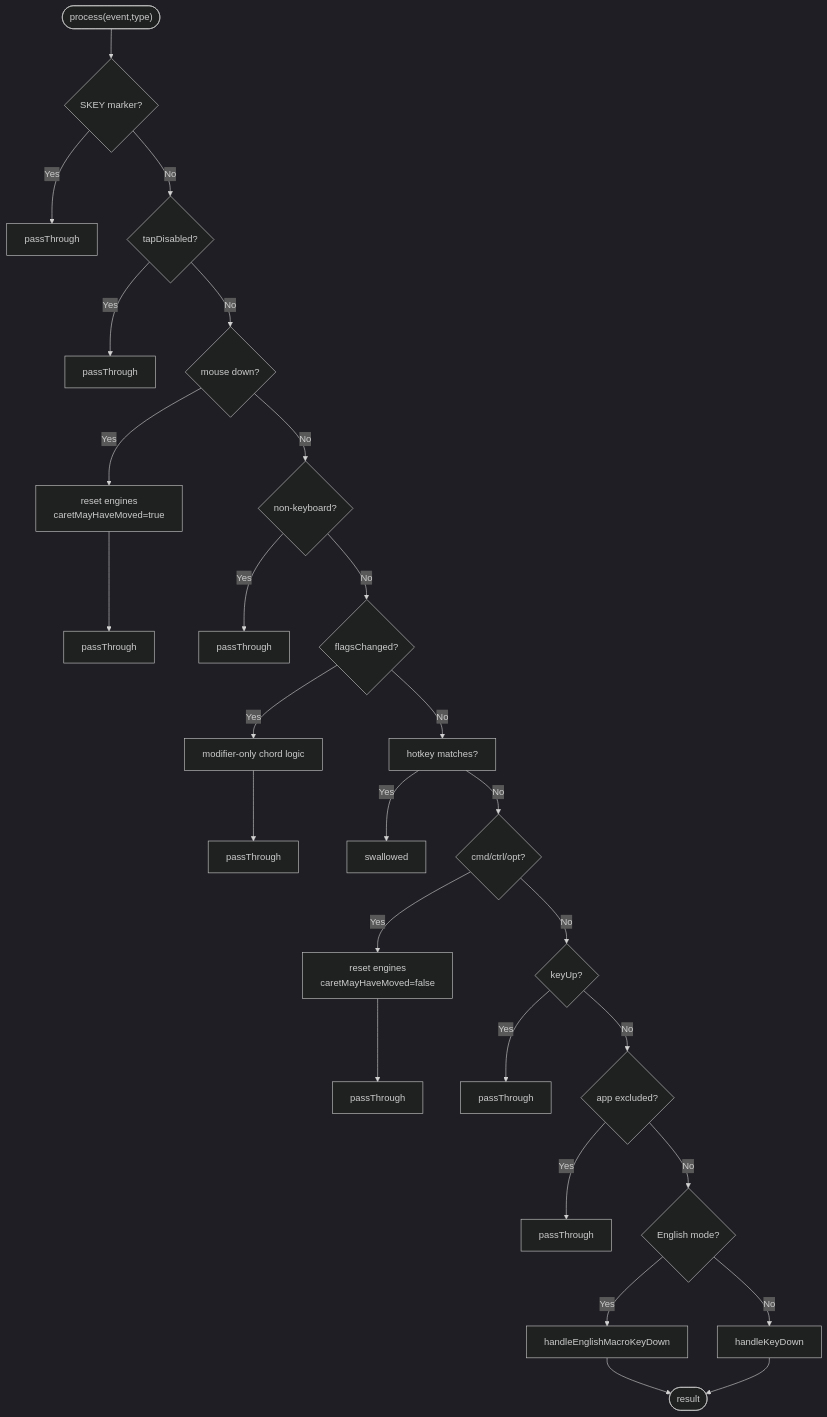
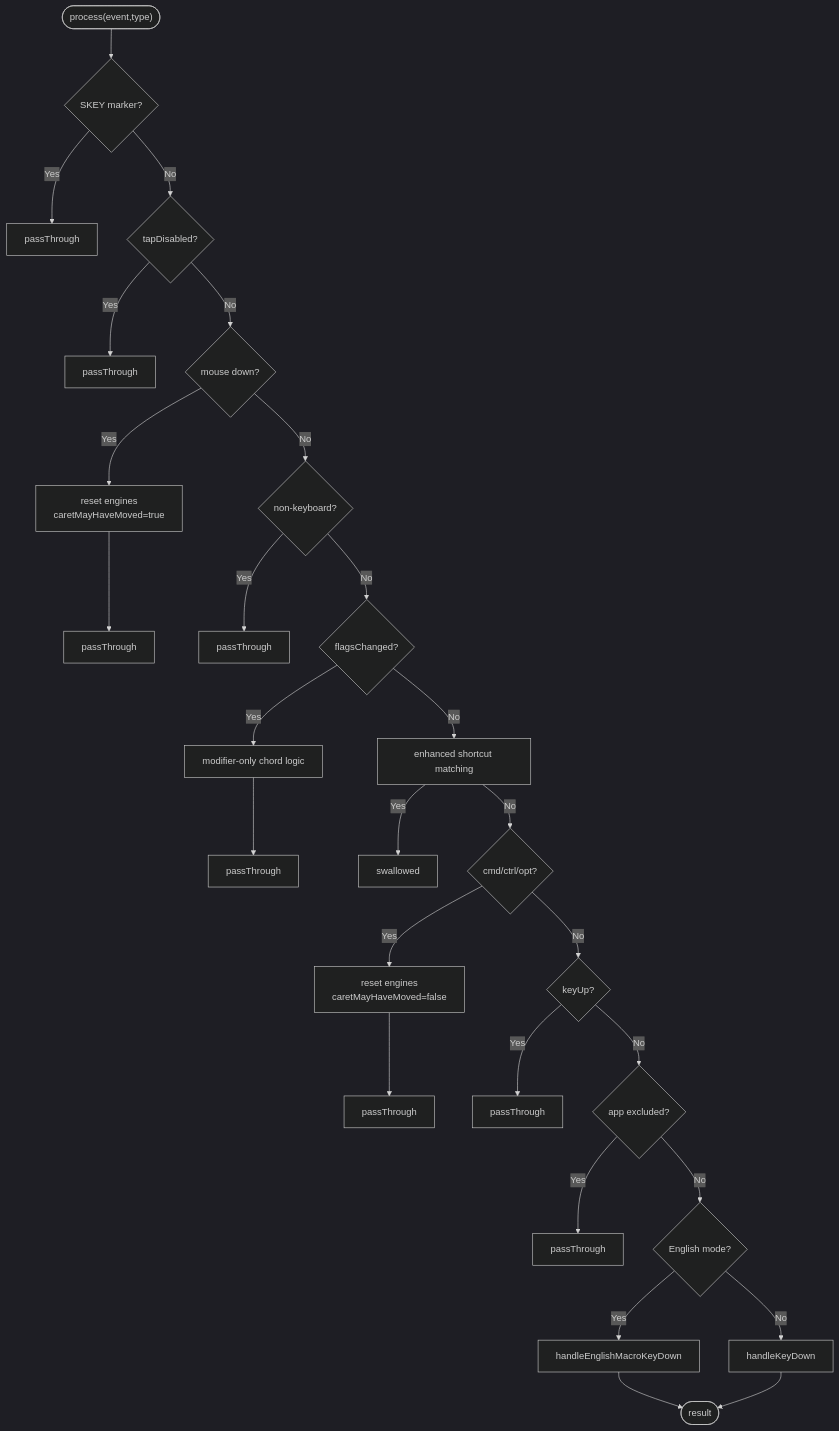
Before and after one commit to Nam088/skey: the fourth of 6 diagrams in .qoder/repowiki/en/content/macOS Application/Keyboard Event Handling/Keyboard Event Handling.md, drawn with Mermaid (dark theme). The commit also changed other lines of this file and 84 other files, not shown here.

````diff
--- a/.qoder/repowiki/en/content/macOS Application/Keyboard Event Handling/Keyboard Event Handling.md
+++ b/.qoder/repowiki/en/content/macOS Application/Keyboard Event Handling/Keyboard Event Handling.md
@@ -186,24 +206,24 @@
 ```mermaid
 flowchart TD
 Enter(["process(event,type)"]) --> Synthetic{"SKEY marker?"}
 Synthetic --> |Yes| Pass1["passThrough"]
 Synthetic --> |No| Disabled{"tapDisabled?"}
 Disabled --> |Yes| Pass2["passThrough"]
 Disabled --> |No| Mouse{"mouse down?"}
 Mouse --> |Yes| Reset1["reset engines<br/>caretMayHaveMoved=true"] --> Pass3["passThrough"]
 Mouse --> |No| NonKey{"non-keyboard?"}
 NonKey --> |Yes| Pass4["passThrough"]
 NonKey --> |No| Flags{"flagsChanged?"}
 Flags --> |Yes| ModChord["modifier-only chord logic"] --> Pass5["passThrough"]
-Flags --> |No| Hotkeys["hotkey matches?"]
+Flags --> |No| Hotkeys["enhanced shortcut matching"]
 Hotkeys --> |Yes| Swallow["swallowed"]
 Hotkeys --> |No| Mods{"cmd/ctrl/opt?"}
 Mods --> |Yes| Reset2["reset engines<br/>caretMayHaveMoved=false"] --> Pass6["passThrough"]
 Mods --> |No| KeyUp{"keyUp?"}
 KeyUp --> |Yes| Pass7["passThrough"]
 KeyUp --> |No| Exclude{"app excluded?"}
 Exclude --> |Yes| Pass8["passThrough"]
 Exclude --> |No| Mode{"English mode?"}
 Mode --> |Yes| EngMacro["handleEnglishMacroKeyDown"] --> End(["result"])
 Mode --> |No| VNPath["handleKeyDown"] --> End
 ```
````
